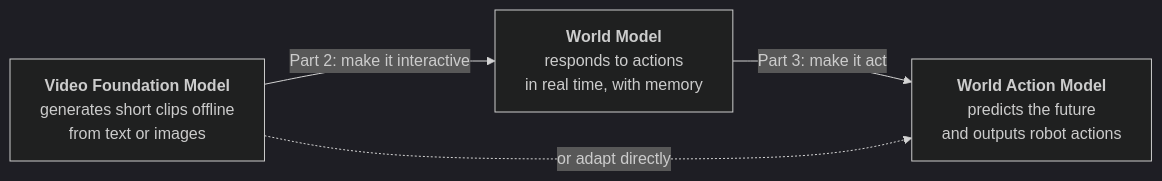
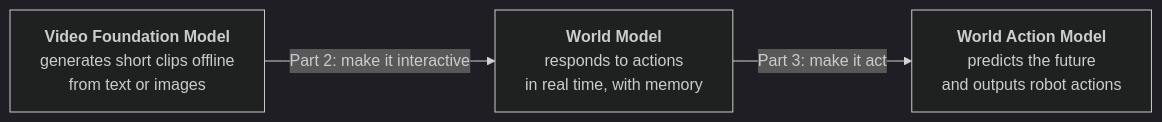
The diagram in README.md (WANGAndyYucheng/Awesome-Video-to-World-Action-Models), drawn with Mermaid (dark theme) before and after one commit. The commit also changed other lines of this file and 1 other file, not shown here.

Commit message:
Make tables full width and simplify overview diagram

````diff
--- a/README.md
+++ b/README.md
@@ -15,9 +15,8 @@
 ```mermaid
 flowchart LR
     VFM["<b>Video Foundation Model</b><br/>generates short clips offline<br/>from text or images"]
     WM["<b>World Model</b><br/>responds to actions<br/>in real time, with memory"]
     WAM["<b>World Action Model</b><br/>predicts the future<br/>and outputs robot actions"]
     VFM -->|"Part 2: make it interactive"| WM
     WM -->|"Part 3: make it act"| WAM
-    VFM -.->|"or adapt directly"| WAM
 ```
````
